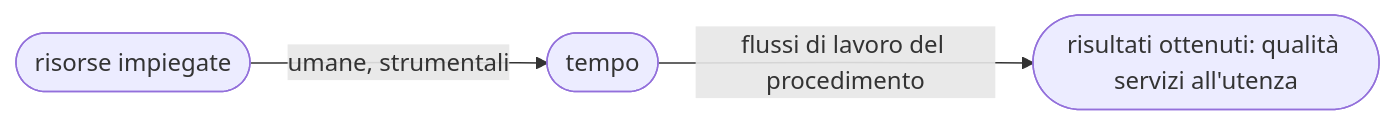
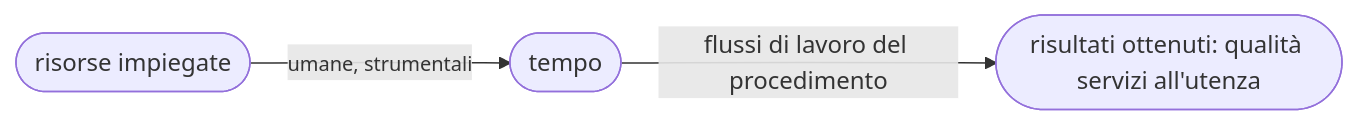
Before and after one commit to UO-TransizioneDigitaleComunePalermo/mappatura-procedimenti-amministrativi: the first of 2 diagrams in docs/contenuti/reingegnerizzazione.md, drawn with Mermaid.

````diff
--- a/docs/contenuti/reingegnerizzazione.md
+++ b/docs/contenuti/reingegnerizzazione.md
@@ -29,4 +29,4 @@
 ``` mermaid
 graph LR
-A([risorse impiegate]) -->|umane, strumentali| B([tempo]) -->|flussi di lavoro del procedimento| C([risultati ottenuti: qualità servizi all'utenza]) 
+A([risorse impiegate]) -->|<small>umane, strumentali</small>| B([tempo]) -->|flussi di lavoro del procedimento| C([risultati ottenuti: qualità servizi all'utenza]) 
 ```
````
